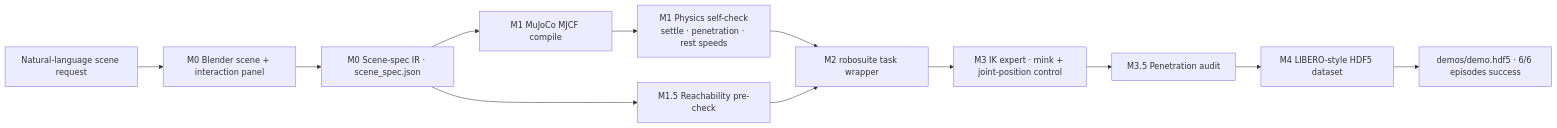
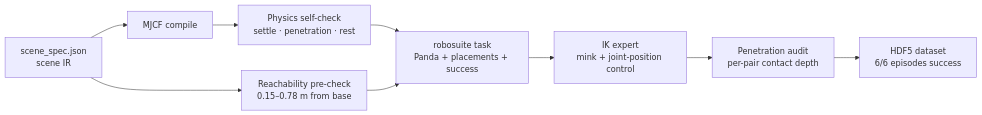
One commit to hxwxss/glm-skills-embodied changed the diagram in README.md. Above: the diagram before and after it, drawn with Mermaid. The commit also changed other lines of this file and 15 other files, not shown here.

````diff
--- a/README.md
+++ b/README.md
@@ -21,14 +22,11 @@
 ```mermaid
 graph LR
-    A[Natural-language scene request] --> B[M0 Blender scene + interaction panel]
-    B --> C[M0 Scene-spec IR · scene_spec.json]
-    C --> D[M1 MuJoCo MJCF compile]
-    D --> E[M1 Physics self-check<br/>settle · penetration · rest speeds]
-    C --> F[M1.5 Reachability pre-check]
-    E --> G[M2 robosuite task wrapper]
-    F --> G
-    G --> H[M3 IK expert · mink + joint-position control]
-    H --> I[M3.5 Penetration audit]
-    I --> J[M4 LIBERO-style HDF5 dataset]
-    J --> K[demos/demo.hdf5 · 6/6 episodes success]
+    A[scene_spec.json<br/>scene IR] --> B[MJCF compile]
+    B --> C[Physics self-check<br/>settle · penetration · rest]
+    A --> D[Reachability pre-check<br/>0.15–0.78 m from base]
+    C --> E[robosuite task<br/>Panda + placements + success]
+    D --> E
+    E --> F[IK expert<br/>mink + joint-position control]
+    F --> G[Penetration audit<br/>per-pair contact depth]
+    G --> H[HDF5 dataset<br/>6/6 episodes success]
 ```
````
